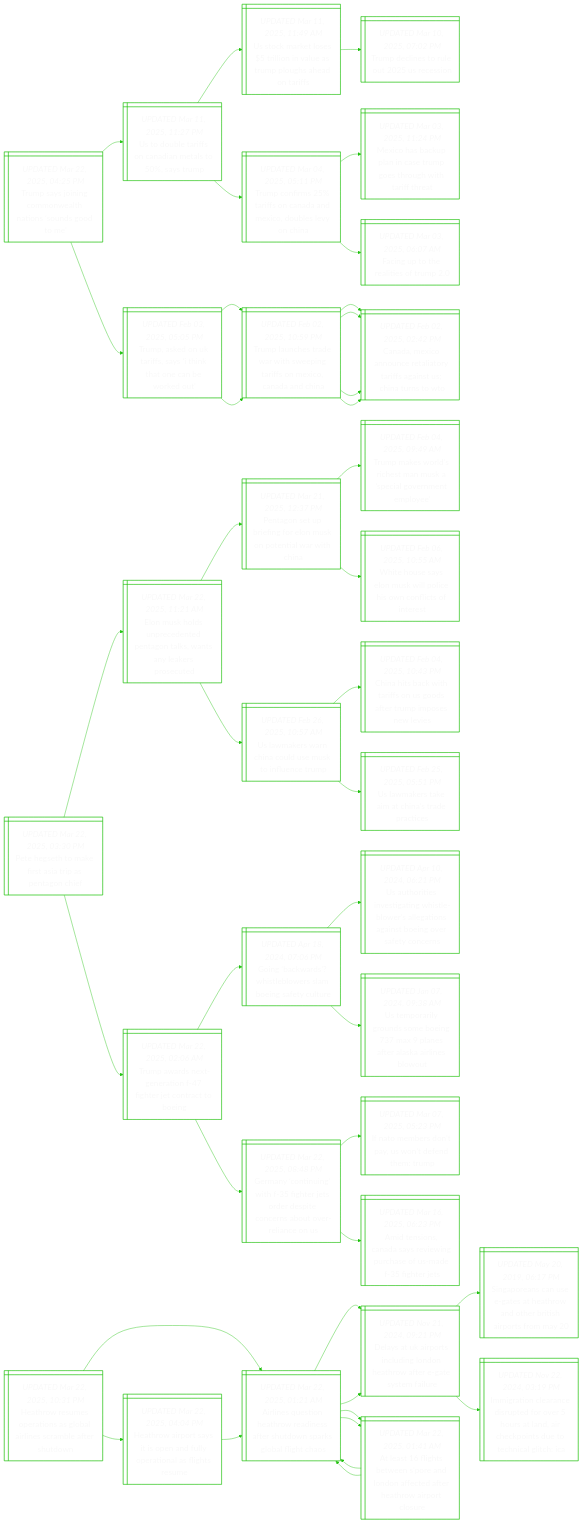
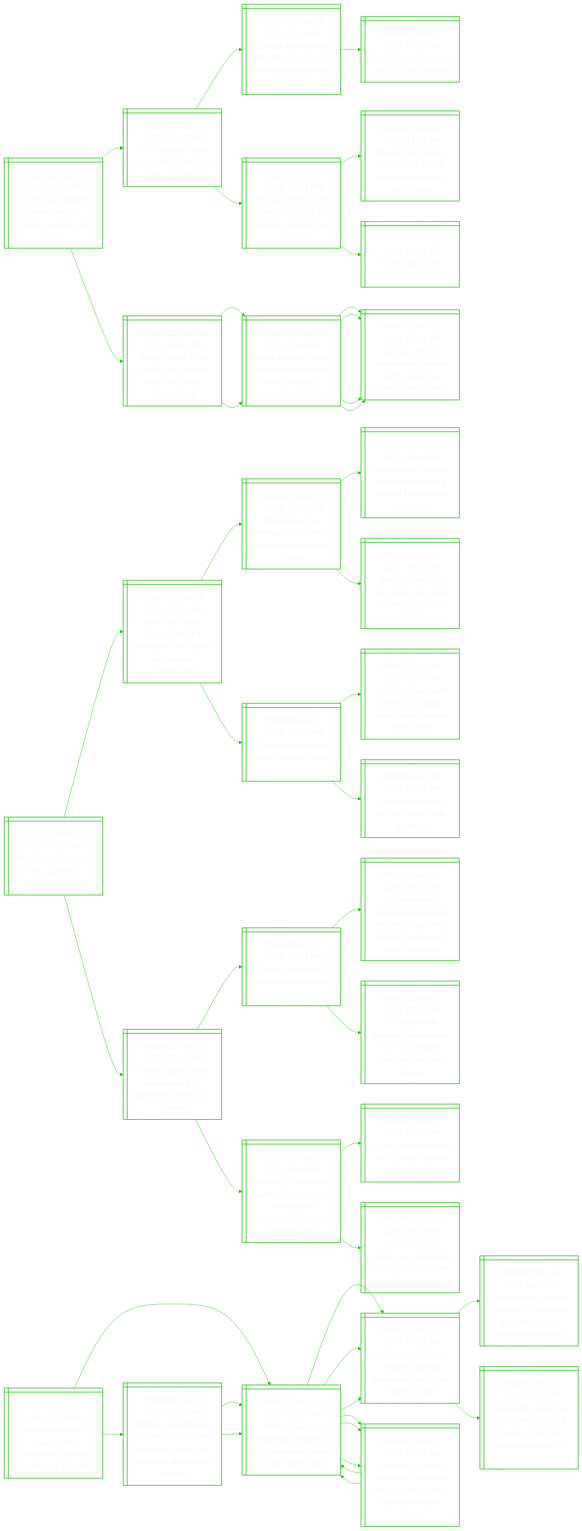
Before and after one commit to notJmes/notJmes: the diagram in README.md, drawn with Mermaid. The commit also changed other lines of this file, not shown here.

```diff
--- a/README.md
+++ b/README.md
@@ -105,8 +105,8 @@
 Gntnhhedscroeio:::txtsize --> IoenUtnmp:::txtsize
 Gntnhhedscroeio:::txtsize --> Aenayighfdgj:::txtsize
 
-Hrsotabrsmfhw@{ shape: win-pane, label: "_UPDATED Mar 22, 2025, 10:31 PM_
-Heathrow resumes operations as global airlines scramble after shutdown" }
+Hrrrnettlfadp@{ shape: win-pane, label: "_UPDATED Mar 23, 2025, 05:08 AM_
+Heathrow airport reopens after shutdown, travellers face days of disruption" }
 Anenheetunkbih@{ shape: win-pane, label: "_UPDATED Mar 22, 2025, 01:21 AM_
 Airlines question heathrow readiness after shutdown sparks global flight chaos" }
 Dsarcndawreel@{ shape: win-pane, label: "_UPDATED Nov 21, 2024, 09:21 PM_
@@ -121,8 +121,14 @@
 Airlines question heathrow readiness after shutdown sparks global flight chaos" }
 Anenheetunkbih@{ shape: win-pane, label: "_UPDATED Mar 22, 2025, 01:21 AM_
 Airlines question heathrow readiness after shutdown sparks global flight chaos" }
-Hrrstefotlire@{ shape: win-pane, label: "_UPDATED Mar 22, 2025, 04:04 PM_
-Heathrow airport says it is open and fully operational as flights resume" }
+Ancnreftwpntaarp@{ shape: win-pane, label: "_UPDATED Mar 23, 2025, 12:05 AM_
+Airlines, including sia, resume most flights between s’pore and heathrow after airport reopens" }
+Anenheetunkbih@{ shape: win-pane, label: "_UPDATED Mar 22, 2025, 01:21 AM_
+Airlines question heathrow readiness after shutdown sparks global flight chaos" }
+Dsarcndawreel@{ shape: win-pane, label: "_UPDATED Nov 21, 2024, 09:21 PM_
+Delays at uk airports including london heathrow after e-gate system failure" }
+Asgeneoattawoo@{ shape: win-pane, label: "_UPDATED Mar 22, 2025, 01:41 AM_
+At least 16 flights between s’pore and london affected after heathrow airport closure" }
 Anenheetunkbih@{ shape: win-pane, label: "_UPDATED Mar 22, 2025, 01:21 AM_
 Airlines question heathrow readiness after shutdown sparks global flight chaos" }
 Dsarcndawreel@{ shape: win-pane, label: "_UPDATED Nov 21, 2024, 09:21 PM_
@@ -130,15 +136,18 @@
 Asgeneoattawoo@{ shape: win-pane, label: "_UPDATED Mar 22, 2025, 01:41 AM_
 At least 16 flights between s’pore and london affected after heathrow airport closure" }
 
-Hrsotabrsmfhw:::txtsize --> Anenheetunkbih:::txtsize
+Hrrrnettlfadp:::txtsize --> Anenheetunkbih:::txtsize
 Anenheetunkbih:::txtsize --> Dsarcndawreel:::txtsize
 Dsarcndawreel:::txtsize --> Spnuathnetitm:::txtsize
 Dsarcndawreel:::txtsize --> Irnrdporsncpsongh:::txtsize
 Anenheetunkbih:::txtsize --> Asgeneoattawoo:::txtsize
 Asgeneoattawoo:::txtsize --> Anenheetunkbih:::txtsize
 Asgeneoattawoo:::txtsize --> Anenheetunkbih:::txtsize
-Hrsotabrsmfhw:::txtsize --> Hrrstefotlire:::txtsize
-Hrrstefotlire:::txtsize --> Anenheetunkbih:::txtsize
+Hrrrnettlfadp:::txtsize --> Ancnreftwpntaarp:::txtsize
+Ancnreftwpntaarp:::txtsize --> Anenheetunkbih:::txtsize
+Anenheetunkbih:::txtsize --> Dsarcndawreel:::txtsize
+Anenheetunkbih:::txtsize --> Asgeneoattawoo:::txtsize
+Ancnreftwpntaarp:::txtsize --> Anenheetunkbih:::txtsize
 Anenheetunkbih:::txtsize --> Dsarcndawreel:::txtsize
 Anenheetunkbih:::txtsize --> Asgeneoattawoo:::txtsize
 
```
